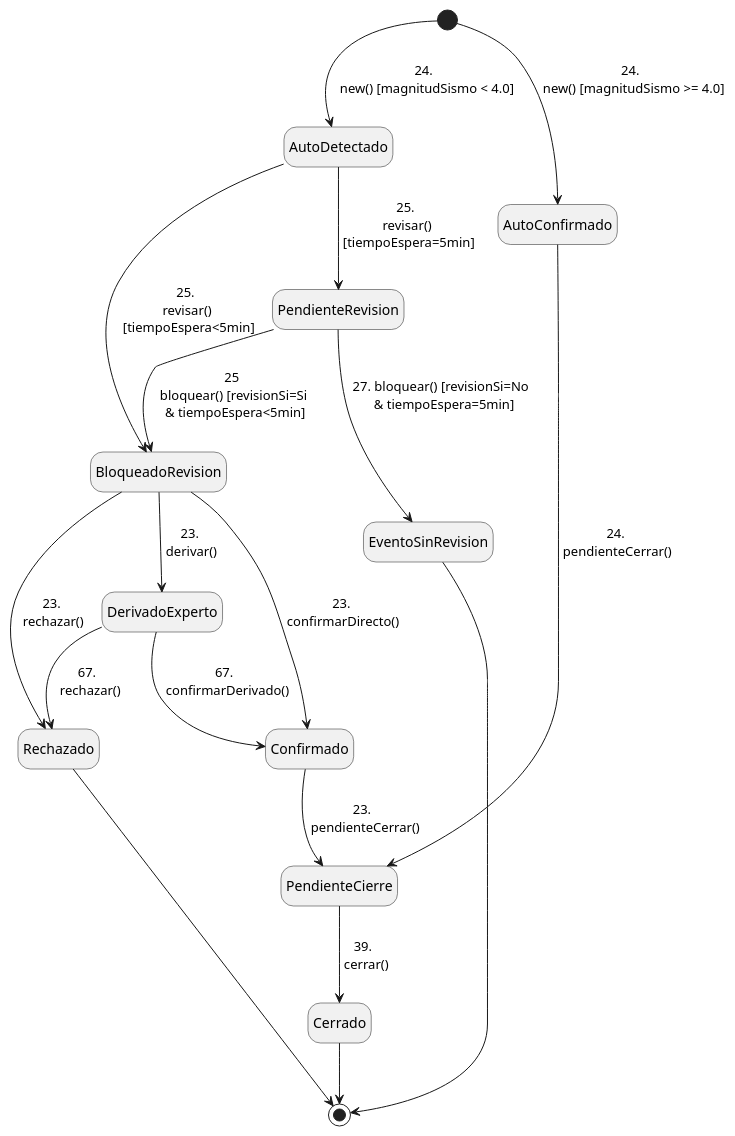
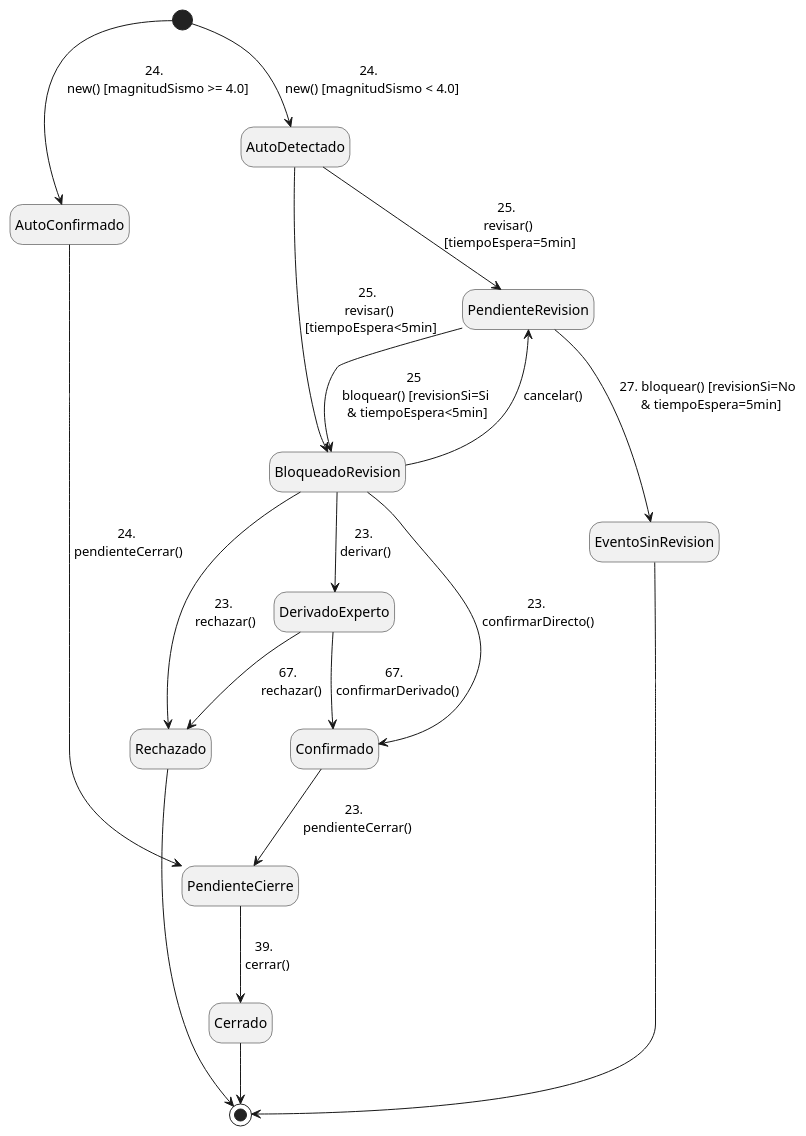
One commit to ciggyx/TPI-Grupo7 changed the first of 6 diagrams in diagramas/Diagramas.plantuml. Above: the diagram before and after it, drawn with PlantUML. The commit also changed 2 other files, not shown here.

```diff
--- a/diagramas/Diagramas.plantuml
+++ b/diagramas/Diagramas.plantuml
@@ -1,29 +1,30 @@
 @startuml maquinaEstadoEventoSismico
 hide empty description
 'Casos de uso:
 '23: Registrar resultado de revisión manual
 '24: Registrar evento sísmico
 '25: Modificar evento sísmico
 '27: Anular evento sísmico
 '38: Verificar eventos sísmicos auto detectados
 '39: Cerrar evento sísmico
 '67: Registrar resultado de revisión de un evento sismico derivado
 
 [*]-->AutoDetectado : 24. \n new() [magnitudSismo < 4.0]
 [*]-->AutoConfirmado : 24. \n new() [magnitudSismo >= 4.0]
 AutoDetectado-->PendienteRevision :  25. \n revisar() \n [tiempoEspera=5min] 
 PendienteRevision-->BloqueadoRevision: 25 \n bloquear() [revisionSi=Si \n & tiempoEspera<5min]
 PendienteRevision-->EventoSinRevision: 27. bloquear() [revisionSi=No \n & tiempoEspera=5min]
 AutoDetectado --> BloqueadoRevision: 25. \n revisar() \n [tiempoEspera<5min]
+BloqueadoRevision-->PendienteRevision: cancelar()
 BloqueadoRevision-->Confirmado: 23.\n confirmarDirecto()
 BloqueadoRevision-->Rechazado:  23.\n rechazar()
 BloqueadoRevision-->DerivadoExperto:  23.\n derivar()
 DerivadoExperto-->Confirmado: 67. \n confirmarDerivado()
 DerivadoExperto-->Rechazado: 67. \n rechazar()
 Confirmado-->PendienteCierre: 23. \n pendienteCerrar()
 AutoConfirmado-->PendienteCierre: 24.\n pendienteCerrar()
 PendienteCierre --> Cerrado: 39. \n cerrar()
 Cerrado --> [*]
 EventoSinRevision --> [*]
 Rechazado --> [*]
 @enduml
```
